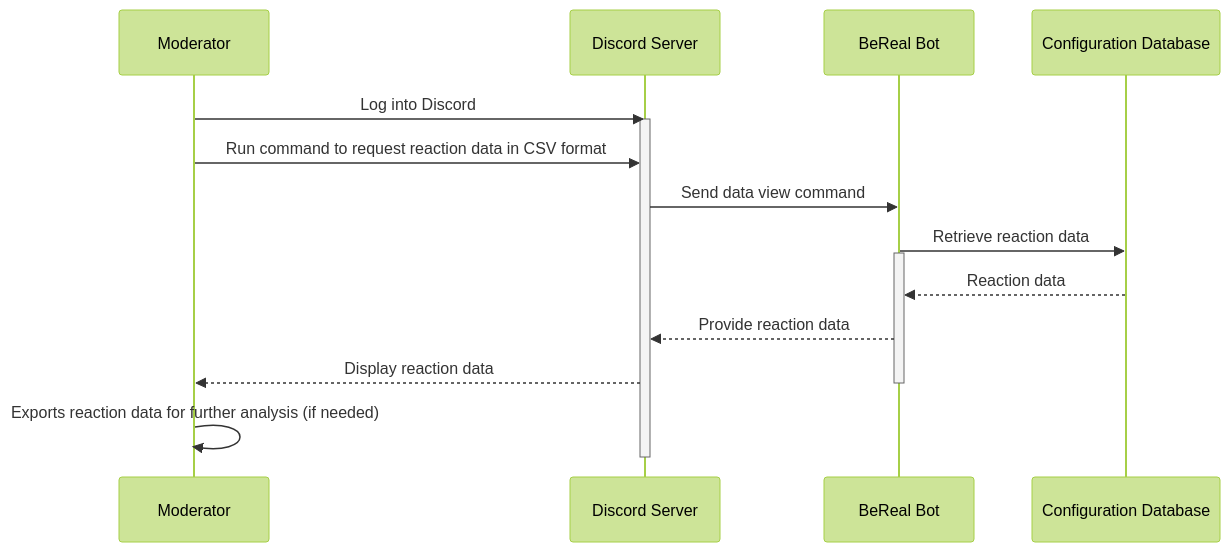
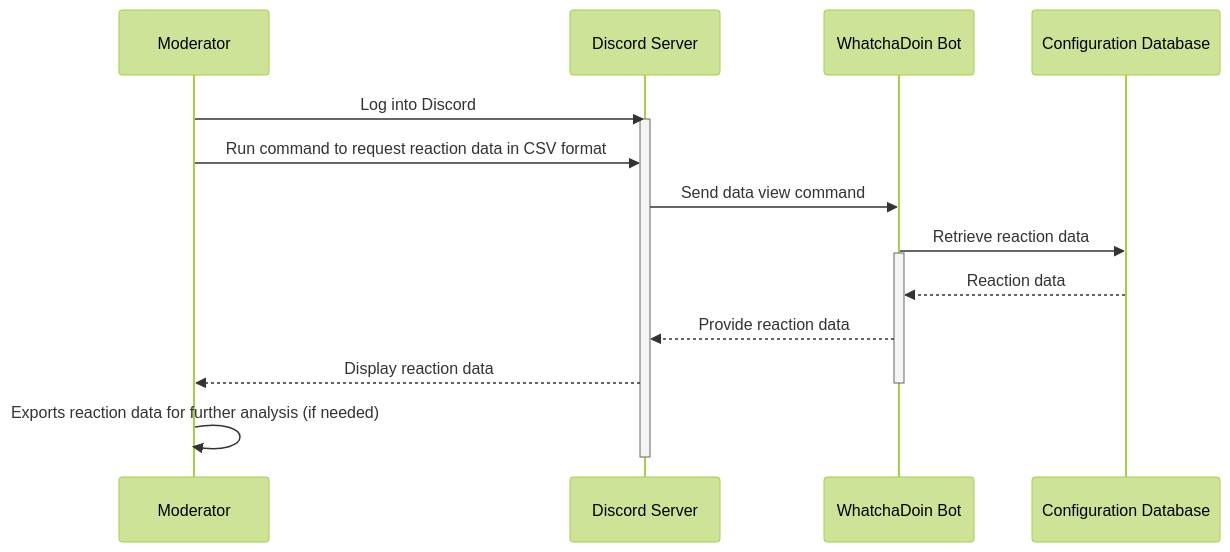
The tenth of 11 diagrams in documentation/docs/system-architecture/design.md (Capstone-Projects-2023-Fall/project-bereal-meets-slack), drawn with Mermaid (forest theme) before and after one commit. The commit also changed other lines of this file, not shown here.

````diff
--- a/documentation/docs/system-architecture/design.md
+++ b/documentation/docs/system-architecture/design.md
@@ -452,22 +452,22 @@
 ```mermaid
 
 sequenceDiagram
     participant Moderator as Moderator
     participant Discord as Discord Server
-    participant BeRealBot as BeReal Bot
+    participant WhatchaDoinBot as WhatchaDoin Bot
     participant Database as Configuration Database
 
     Moderator ->> Discord: Log into Discord
     activate Discord
     Moderator ->> Discord: Run command to request reaction data in CSV format
-    Discord ->> BeRealBot: Send data view command
-    BeRealBot ->> Database: Retrieve reaction data
-    activate BeRealBot
-    Database -->> BeRealBot: Reaction data
-    BeRealBot -->> Discord: Provide reaction data
+    Discord ->> WhatchaDoinBot: Send data view command
+    WhatchaDoinBot ->> Database: Retrieve reaction data
+    activate WhatchaDoinBot
+    Database -->> WhatchaDoinBot: Reaction data
+    WhatchaDoinBot -->> Discord: Provide reaction data
     Discord -->> Moderator: Display reaction data
-    deactivate BeRealBot
+    deactivate WhatchaDoinBot
     Moderator ->> Moderator: Exports reaction data for further analysis (if needed)
     deactivate Discord
 
 ```
````
